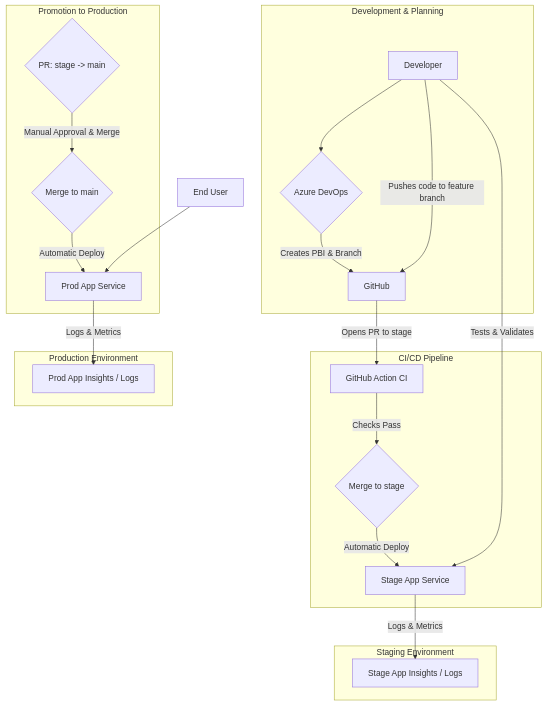
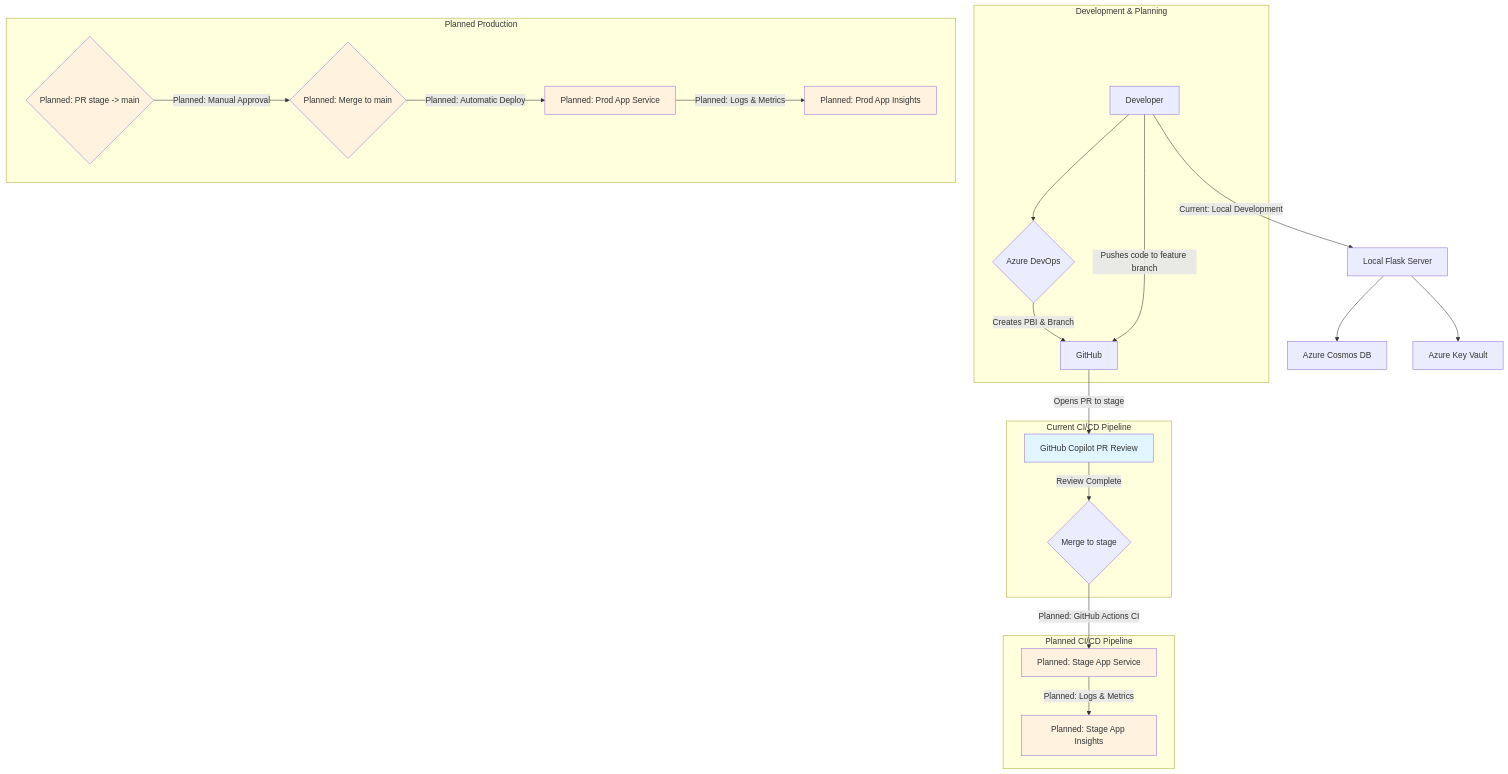
The diagram in docs/architecture.md (professorplum/picky), drawn with Mermaid before and after one commit. The commit also changed other lines of this file and 6 other files, not shown here.

````diff
--- a/docs/architecture.md
+++ b/docs/architecture.md
@@ -45,30 +54,36 @@
 ```mermaid
 graph TD
     subgraph "Development & Planning"
         A[Developer] --> B{Azure DevOps};
         B -- "Creates PBI & Branch" --> C[GitHub];
     end
 
-    subgraph "CI/CD Pipeline"
+    subgraph "Current CI/CD Pipeline"
         A -- "Pushes code to feature branch" --> C;
-        C -- "Opens PR to stage" --> D[GitHub Action CI];
-        D -- "Checks Pass" --> E{Merge to stage};
-        E -- "Automatic Deploy" --> F[Stage App Service];
+        C -- "Opens PR to stage" --> D[GitHub Copilot PR Review];
+        D -- "Review Complete" --> E{Merge to stage};
     end
 
-    subgraph "Staging Environment"
-        F -- "Logs & Metrics" --> G[Stage App Insights / Logs];
+    subgraph "Planned CI/CD Pipeline"
+        E -- "Planned: GitHub Actions CI" --> F[Planned: Stage App Service];
+        F -- "Planned: Logs & Metrics" --> G[Planned: Stage App Insights];
     end
 
-    subgraph "Promotion to Production"
-        H{PR: stage -> main} -- "Manual Approval & Merge" --> I{Merge to main};
-        I -- "Automatic Deploy" --> J[Prod App Service];
+    subgraph "Planned Production"
+        H{Planned: PR stage -> main} -- "Planned: Manual Approval" --> I{Planned: Merge to main};
+        I -- "Planned: Automatic Deploy" --> J[Planned: Prod App Service];
+        J -- "Planned: Logs & Metrics" --> K[Planned: Prod App Insights];
     end
 
-    subgraph "Production Environment"
-        J -- "Logs & Metrics" --> K[Prod App Insights / Logs];
-    end
-
-    A -- "Tests & Validates" --> F;
-    L[End User] --> J;
+    A -- "Current: Local Development" --> L[Local Flask Server];
+    L --> M[Azure Cosmos DB];
+    L --> N[Azure Key Vault];
+    
+    style D fill:#e1f5fe
+    style F fill:#fff3e0
+    style G fill:#fff3e0
+    style H fill:#fff3e0
+    style I fill:#fff3e0
+    style J fill:#fff3e0
+    style K fill:#fff3e0
 ```
````
